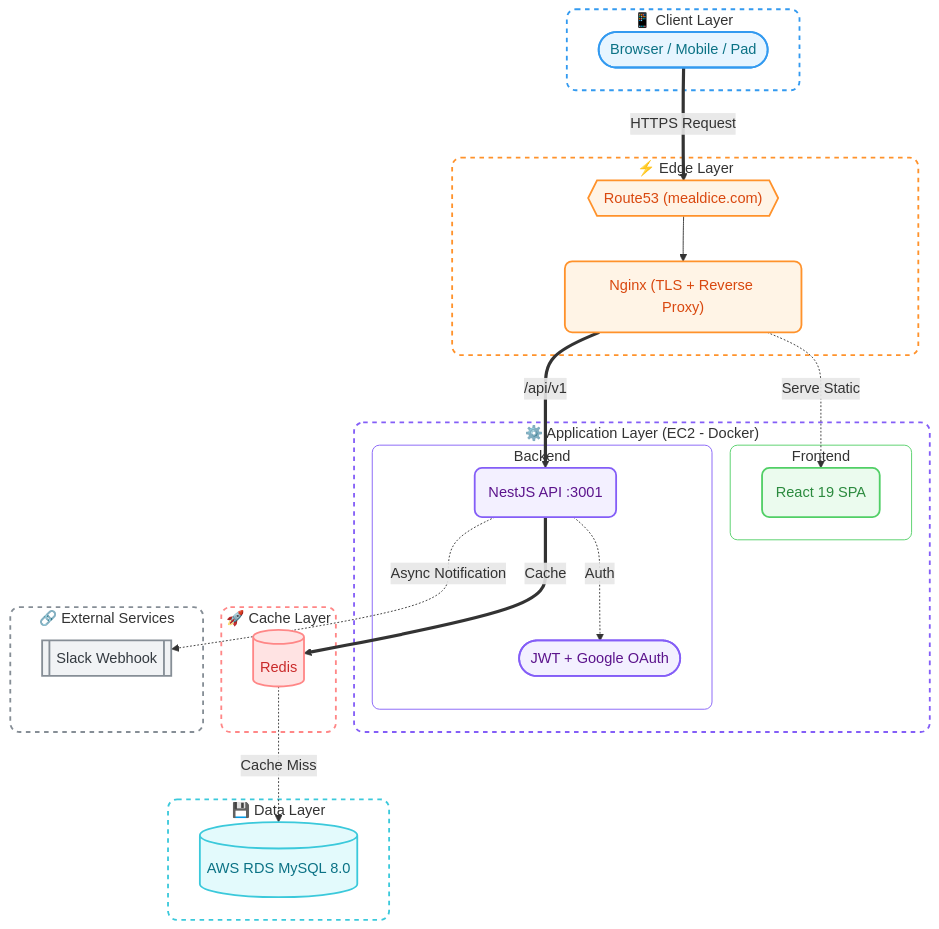
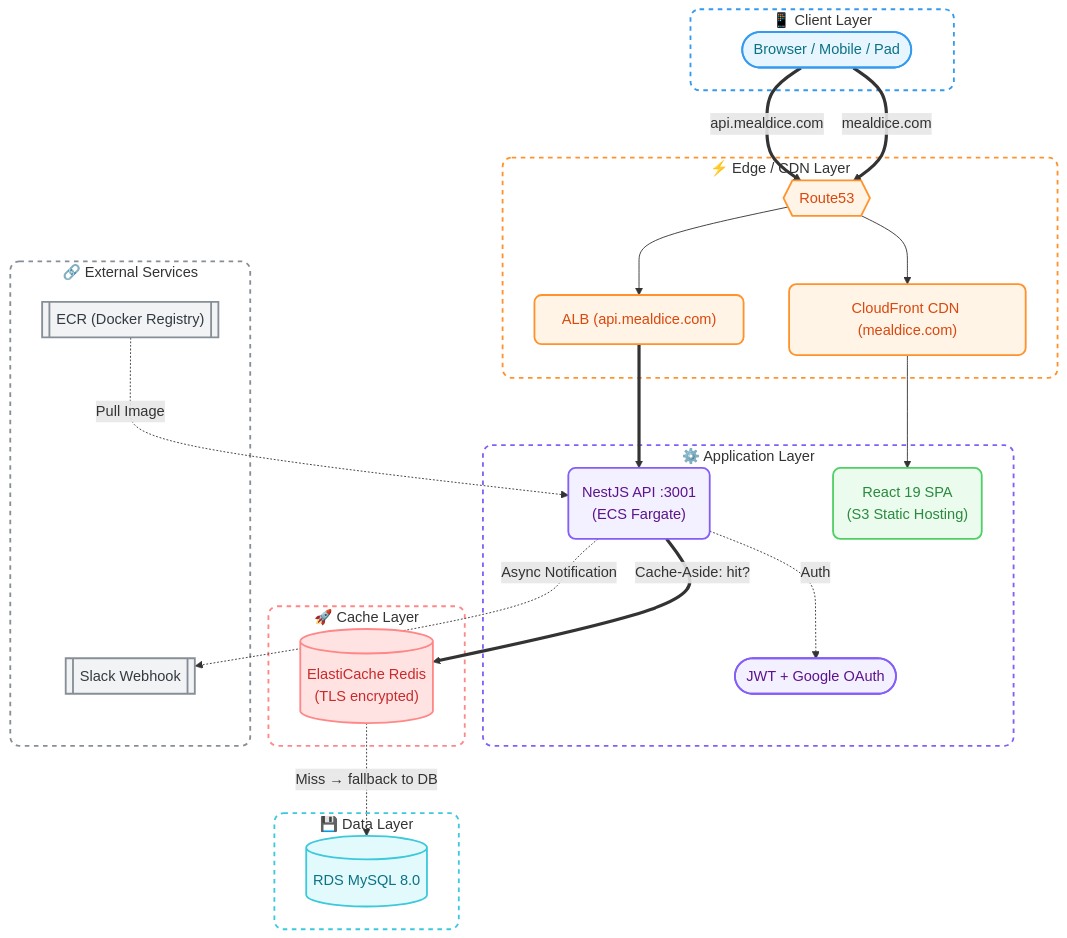
The first of 5 diagrams in readme.md (986913/WHATTOEAT), drawn with Mermaid before and after one commit. The commit also changed other lines of this file and 3 other files, not shown here.

Commit message:
feat: migrate to ecs fargate, serverless container, rolling depolyment

````diff
--- a/readme.md
+++ b/readme.md
@@ -37,81 +37,72 @@
 ```mermaid
 flowchart TB
-    %% --- 🎨 核心主题与样式定义 (ClassDefs) ---
     classDef default fill:#f8f9fa,stroke:#ced4da,stroke-width:1px,color:#212529;
     classDef clientLayer fill:#e7f5ff,stroke:#339af0,stroke-width:2px,color:#0b7285,rx:8px,ry:8px;
     classDef edgeLayer fill:#fff4e6,stroke:#ff922b,stroke-width:2px,color:#d9480f,rx:8px,ry:8px;
     classDef appFrontend fill:#ebfbee,stroke:#51cf66,stroke-width:2px,color:#2b8a3e,rx:8px,ry:8px;
     classDef appBackend fill:#f3f0ff,stroke:#845ef7,stroke-width:2px,color:#5c148c,rx:8px,ry:8px;
     classDef cacheLayer fill:#ffe3e3,stroke:#ff8787,stroke-width:2px,color:#c92a2a,rx:8px,ry:8px;
     classDef dbLayer fill:#e3fafc,stroke:#3bc9db,stroke-width:2px,color:#0b7285;
     classDef externalLayer fill:#f1f3f5,stroke:#868e96,stroke-width:2px,color:#343a40,rx:8px,ry:8px;
 
-    %% --- 🔳 容器外框虚线优化 ---
     style Client fill:none,stroke:#339af0,stroke-width:2px,stroke-dasharray: 5 5,rx:10
     style Edge fill:none,stroke:#ff922b,stroke-width:2px,stroke-dasharray: 5 5,rx:10
     style App fill:none,stroke:#845ef7,stroke-width:2px,stroke-dasharray: 5 5,rx:10
-    style FE fill:none,stroke:#51cf66,stroke-width:1px,rx:8
-    style BE fill:none,stroke:#845ef7,stroke-width:1px,rx:8
     style Cache fill:none,stroke:#ff8787,stroke-width:2px,stroke-dasharray: 5 5,rx:10
     style Data fill:none,stroke:#3bc9db,stroke-width:2px,stroke-dasharray: 5 5,rx:10
     style External fill:none,stroke:#868e96,stroke-width:2px,stroke-dasharray: 5 5,rx:10
 
     %% ========== CLIENT ==========
     subgraph Client ["📱 Client Layer"]
         Browser(["Browser / Mobile / Pad"]):::clientLayer
     end
 
     %% ========== EDGE ==========
-    subgraph Edge ["⚡ Edge Layer"]
-        DNS{{"Route53 (mealdice.com)"}}:::edgeLayer
-        Nginx["Nginx (TLS + Reverse Proxy)"]:::edgeLayer
+    subgraph Edge ["⚡ Edge / CDN Layer"]
+        DNS{{"Route53"}}:::edgeLayer
+        CF["CloudFront CDN (mealdice.com)"]:::edgeLayer
+        ALB["ALB (api.mealdice.com)"]:::edgeLayer
     end
 
     %% ========== APPLICATION ==========
-    subgraph App ["⚙️ Application Layer (EC2 - Docker)"]
-        subgraph FE ["Frontend"]
-            React("React 19 SPA"):::appFrontend
-        end
-
-        subgraph BE ["Backend"]
-            NestJS("NestJS API :3001"):::appBackend
-            Auth(["JWT + Google OAuth"]):::appBackend
-        end
+    subgraph App ["⚙️ Application Layer"]
+        React("React 19 SPA\n(S3 Static Hosting)"):::appFrontend
+        NestJS("NestJS API :3001\n(ECS Fargate)"):::appBackend
+        Auth(["JWT + Google OAuth"]):::appBackend
     end
 
     %% ========== CACHE ==========
     subgraph Cache ["🚀 Cache Layer"]
-        Redis[("Redis")]:::cacheLayer
+        Redis[("ElastiCache Redis\n(TLS encrypted)")]:::cacheLayer
     end
 
     %% ========== DATA ==========
     subgraph Data ["💾 Data Layer"]
-        MySQL[("AWS RDS MySQL 8.0")]:::dbLayer
+        MySQL[("RDS MySQL 8.0")]:::dbLayer
     end
 
     %% ========== EXTERNAL ==========
     subgraph External ["🔗 External Services"]
+        ECR[["ECR (Docker Registry)"]]:::externalLayer
         Slack[["Slack Webhook"]]:::externalLayer
     end
 
-    %% ========== FLOW (保持原有逻辑) ==========
+    %% ========== FLOW ==========
 
-    %% 主干流量（加粗线）
-    Browser == "HTTPS Request" ==> DNS
-    DNS --> Nginx
+    %% 前端流量：Browser → CloudFront → S3
+    Browser == "mealdice.com" ==> DNS
+    DNS --> CF
+    CF --> React
 
-    %% 静态资源与API分流（区分线型）
-    Nginx -. "Serve Static" .-> React
-    Nginx == "/api/v1" ==> NestJS
+    %% API 流量：Browser → ALB → Fargate
+    Browser == "api.mealdice.com" ==> DNS
+    DNS --> ALB
+    ALB ==> NestJS
 
-    %% 内部服务调用
     NestJS -. "Auth" .-> Auth
-
-    %% 垂直数据链路
-    NestJS == "Cache" ==> Redis
-    Redis -. "Cache Miss" .-> MySQL
-
-    %% 外部异步调用
+    NestJS == "Cache-Aside: hit?" ==> Redis
+    Redis -. "Miss → fallback to DB" .-> MySQL
     NestJS -. "Async Notification" .-> Slack
+    ECR -. "Pull Image" .-> NestJS
 
 ```
````
